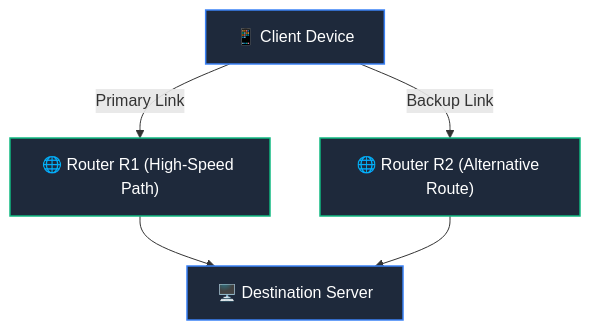
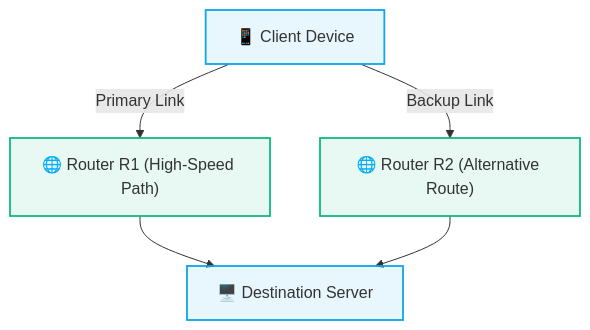
Before and after one commit to abhinavbharti2345/CS_Notes: the third of 3 diagrams in Computer Networking/Packets and Packet Switching.md, drawn with Mermaid. The commit also changed other lines of this file and 47 other files, not shown here.

Commit message:
docs: add computer science study notes and generate graphify visualization output

````diff
--- a/Computer Networking/Packets and Packet Switching.md
+++ b/Computer Networking/Packets and Packet Switching.md
@@ -92,13 +101,13 @@
 ```mermaid
 flowchart TD
     Client["📱 Client Device"]
     Client -->|"Primary Link"| R1["🌐 Router R1 (High-Speed Path)"]
     Client -->|"Backup Link"| R2["🌐 Router R2 (Alternative Route)"]
     R1 --> Server["🖥️ Destination Server"]
     R2 --> Server
 
-    classDef dev fill:#1e293b,stroke:#3b82f6,stroke-width:1.5px,color:#fff;
-    classDef rtr fill:#1e293b,stroke:#10b981,stroke-width:1.5px,color:#fff;
+    classDef dev fill:#0ea5e918,stroke:#0ea5e9,stroke-width:1.8px;
+    classDef rtr fill:#10b98118,stroke:#10b981,stroke-width:1.8px;
     class Client,Server dev;
     class R1,R2 rtr;
 ```
````
